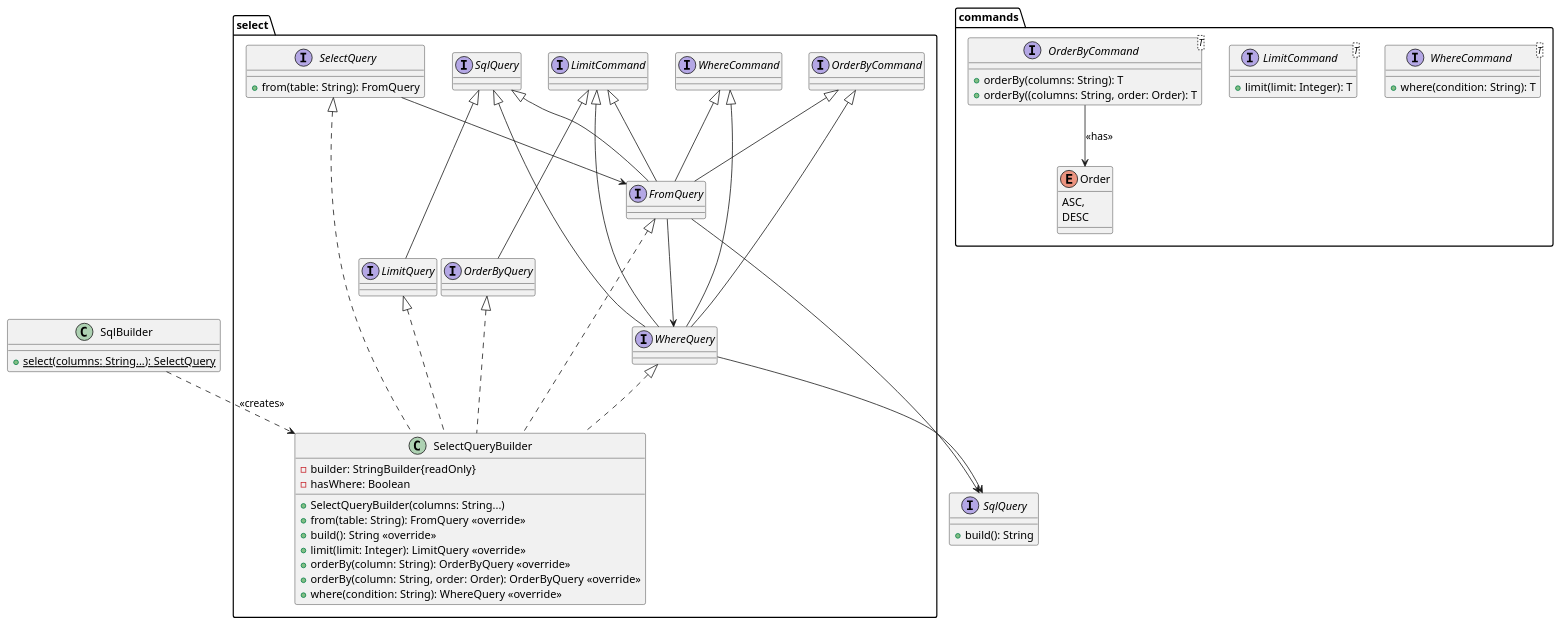
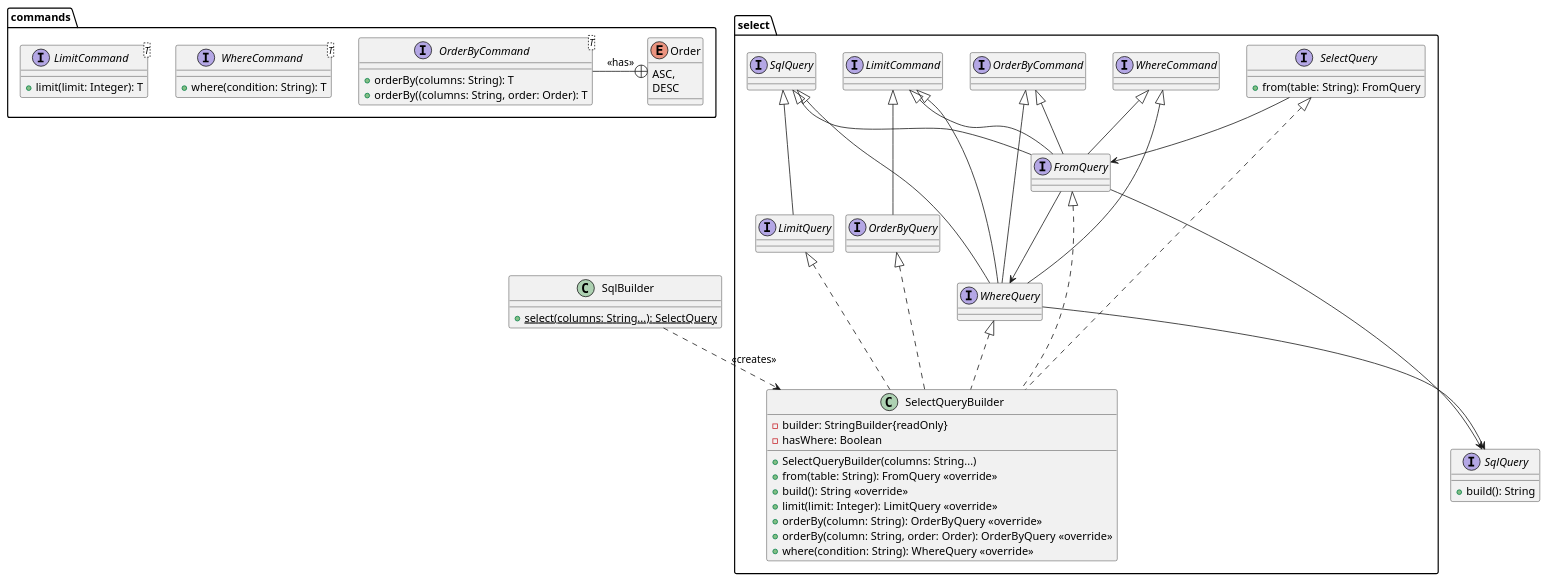
One commit to RedSkyi/SqlBuilder changed the diagram in uml/class.puml. Above: the diagram before and after it, drawn with PlantUML.

Commit message:
Replace relation between Order and OrderByCommand

```diff
--- a/uml/class.puml
+++ b/uml/class.puml
@@ -1,73 +1,70 @@
 @startuml
 
 
 'https://plantuml.com/class-diagram
 
 package commands {
 
     interface WhereCommand<T> {
        +where(condition: String): T
     }
 
     interface LimitCommand<T>{
         +limit(limit: Integer): T
     }
 
     interface OrderByCommand<T> {
         +orderBy(columns: String): T
         +orderBy((columns: String, order: Order): T
     }
-    OrderByCommand --> Order : <<has>>
+    OrderByCommand -+ Order : <<has>>
 
     enum Order {
         ASC,
         DESC
     }
-
-
-
 }
 
 package select {
     interface FromQuery extends WhereCommand, OrderByCommand, LimitCommand, SqlQuery
     interface LimitQuery extends SqlQuery
     interface OrderByQuery extends LimitCommand
     interface SelectQuery {
         +from(table: String): FromQuery
     }
 
     class SelectQueryBuilder implements SelectQuery, FromQuery, LimitQuery, OrderByQuery, WhereQuery {
         -builder: StringBuilder{readOnly}
         -hasWhere: Boolean
         +SelectQueryBuilder(columns: String...)
         +from(table: String): FromQuery <<override>>
         +build(): String <<override>>
         +limit(limit: Integer): LimitQuery <<override>>
         +orderBy(column: String): OrderByQuery <<override>>
         +orderBy(column: String, order: Order): OrderByQuery <<override>>
         +where(condition: String): WhereQuery <<override>>
     }
 
     interface WhereQuery extends WhereCommand, OrderByCommand, LimitCommand, SqlQuery
 
 }
 interface SqlQuery {
     +build(): String
 }
 
 class SqlBuilder{
     {static}+select(columns: String...): SelectQuery
 }
 
 
 SqlBuilder ..> SelectQueryBuilder: <<creates>>
 
 
 
 'Relation je suis pas sur'
 WhereQuery --> SqlQuery
 FromQuery --> SqlQuery
 FromQuery --> WhereQuery
 SelectQuery --> FromQuery
 
 @enduml
```
